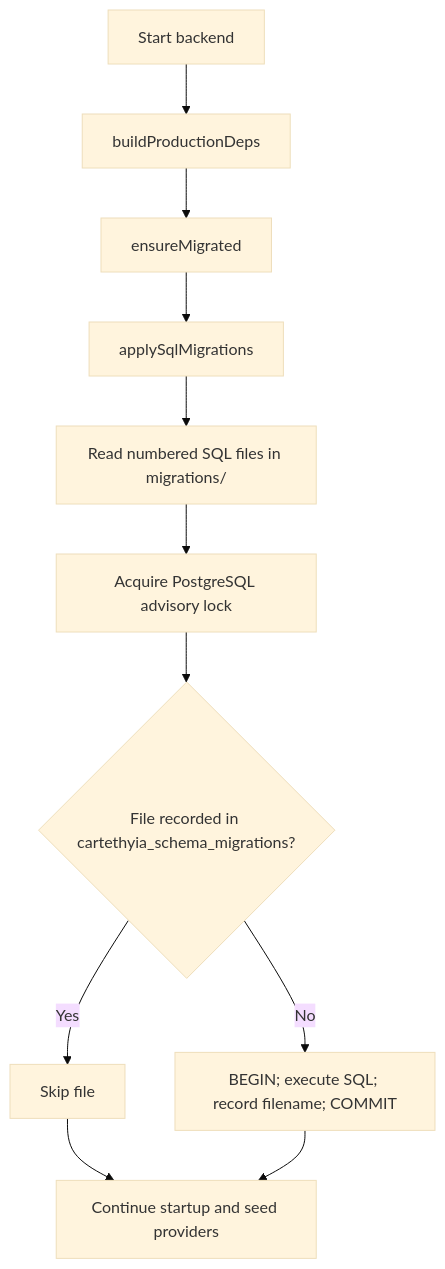
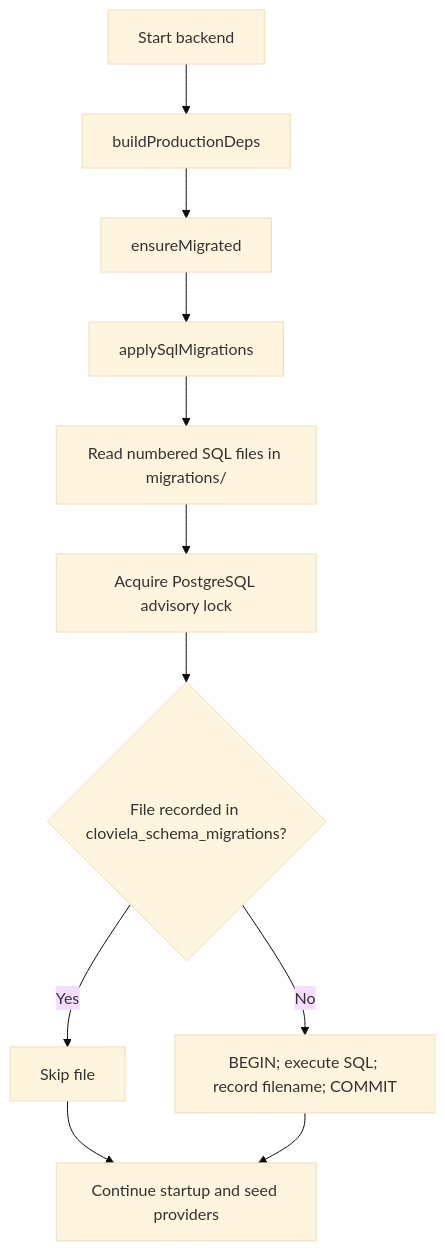
One commit to clovieflow/cloviela-router changed the diagram in migrations/README.md. Above: the diagram before and after it, drawn with Mermaid (base theme). The commit also changed other lines of this file and 226 other files, not shown here.

````diff
--- a/migrations/README.md
+++ b/migrations/README.md
@@ -5,13 +5,13 @@
 ```mermaid
 flowchart TD
     A[Start backend] --> B[buildProductionDeps]
     B --> C[ensureMigrated]
     C --> D[applySqlMigrations]
     D --> E[Read numbered SQL files in migrations/]
     E --> F[Acquire PostgreSQL advisory lock]
-    F --> G{File recorded in cartethyia_schema_migrations?}
+    F --> G{File recorded in cloviela_schema_migrations?}
     G -- Yes --> H[Skip file]
     G -- No --> I[BEGIN; execute SQL; record filename; COMMIT]
     H --> J[Continue startup and seed providers]
     I --> J
 ```
````
